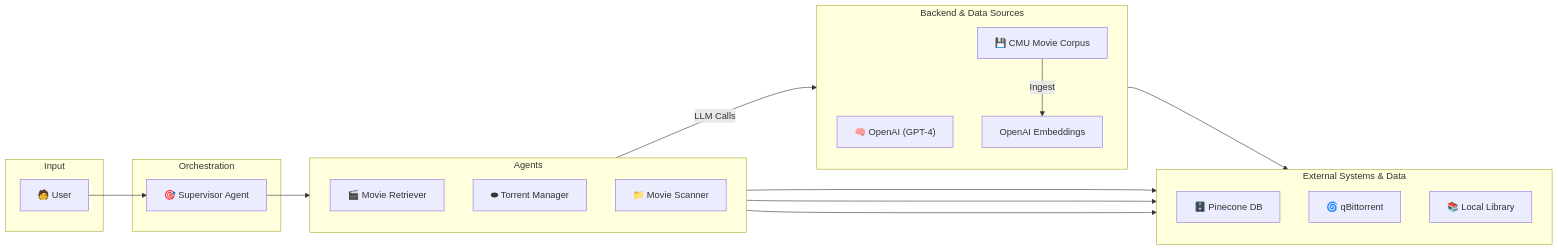
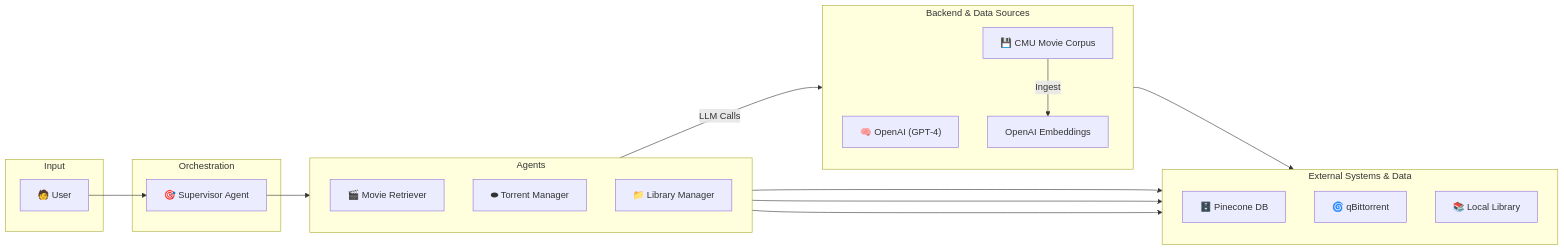
The first of 4 diagrams in README.md (elisarchod/turtle_app), drawn with Mermaid before and after one commit. The commit also changed other lines of this file and 13 other files, not shown here.

````diff
--- a/README.md
+++ b/README.md
@@ -21,44 +21,44 @@
 ```mermaid
 graph LR
     %% Define Groups
     subgraph Input
         User["🧑 User"]
     end
 
     subgraph Orchestration
         Supervisor["🎯 Supervisor Agent"]
     end
 
     subgraph Agents
         direction TB
         MovieRetriever["🎬 Movie Retriever"]
         TorrentManager["⬬ Torrent Manager"]
-        MovieScanner["📁 Movie Scanner"]
+        LibraryManager["📁 Library Manager"]
     end
     
     subgraph ExternalSystems["External Systems & Data"]
         direction TB
         PineconeDB["🗄️ Pinecone DB"]
         QBittorrent["🌀 qBittorrent"]
         LocalLibrary["📚 Local Library"]
     end
     
     subgraph BackendServices["Backend & Data Sources"]
         direction TB
         LLM["🧠 OpenAI (GPT-4)"]
         Embeddings["OpenAI Embeddings"]
         CMUCorpus["💾 CMU Movie Corpus"]
     end
 
     %% Define Flow
     User --> Supervisor --> Agents
     
     Agents -- "LLM Calls" --> LLM
     
     MovieRetriever --> PineconeDB
     TorrentManager --> QBittorrent
-    MovieScanner --> LocalLibrary
+    LibraryManager --> LocalLibrary
     
     CMUCorpus -- "Ingest" --> Embeddings --> PineconeDB
 
 ```
````
